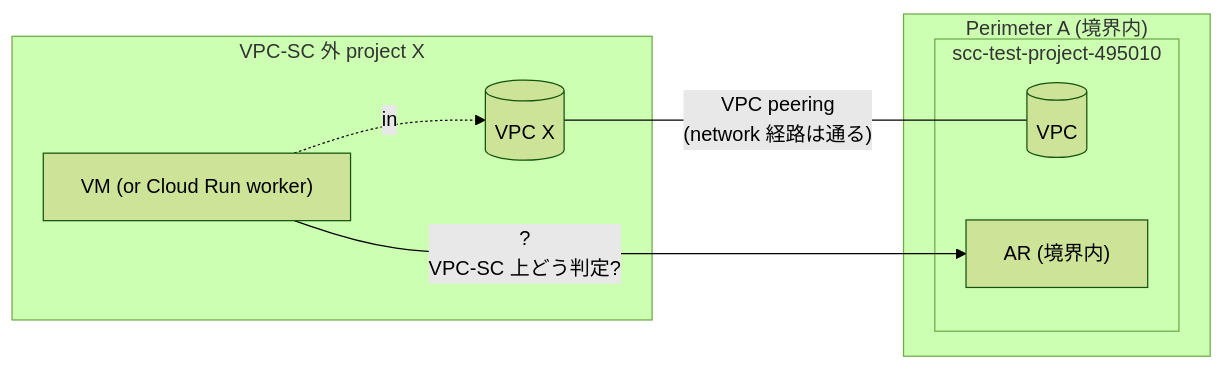
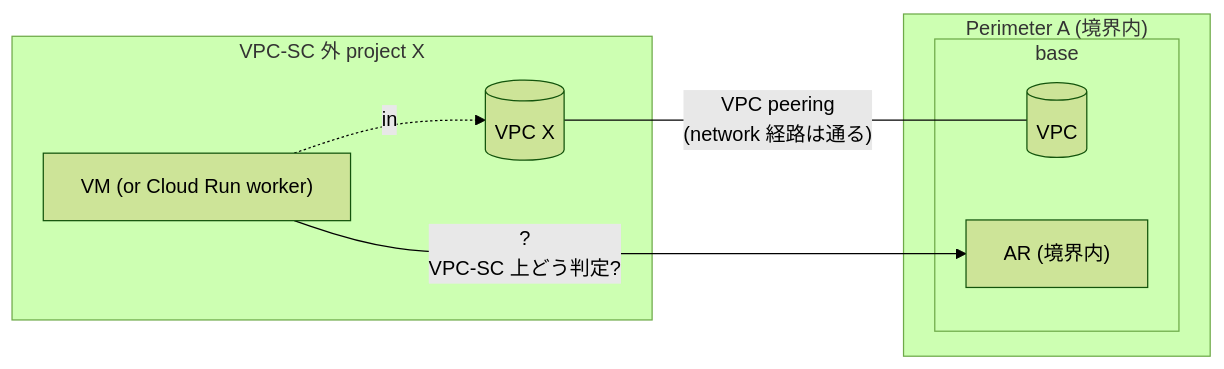
Before and after one commit to katonium/articles: the tenth of 10 diagrams in samplecodes/cloudbuild-private-pool/README.md, drawn with Mermaid (forest theme). The commit also changed other lines of this file, not shown here.

First line of the commit message:
:memo: README を 3 project 構成に更新

````diff
--- a/samplecodes/cloudbuild-private-pool/README.md
+++ b/samplecodes/cloudbuild-private-pool/README.md
@@ -341,16 +335,16 @@
 ```mermaid
 flowchart LR
   subgraph Outside["VPC-SC 外 project X"]
     XVM["VM (or Cloud Run worker)"]
     XVPC[(VPC X)]
     XVM -.in.-> XVPC
   end
   subgraph PA["Perimeter A (境界内)"]
-    subgraph Inside["scc-test-project-495010"]
+    subgraph Inside["base"]
       InsideVPC[(VPC)]
       InsideAR["AR (境界内)"]
     end
   end
   XVPC -- "VPC peering<br/>(network 経路は通る)" --- InsideVPC
   XVM -- "?<br/>VPC-SC 上どう判定?" --> InsideAR
 ```
````
